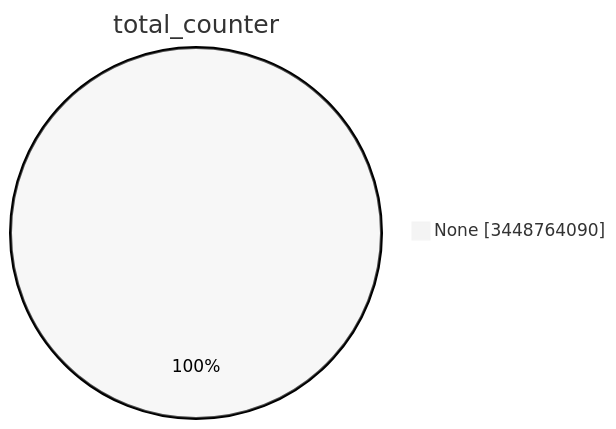
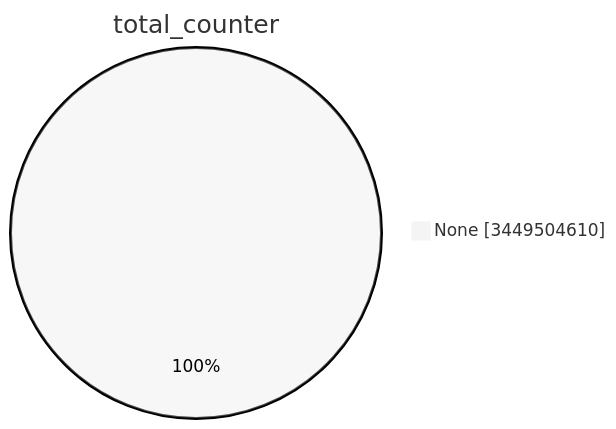
One commit to christiankrug/ctmonitor_visualization changed the first of 15 diagrams in TOTAL/README.md. Above: the diagram before and after it, drawn with Mermaid (neutral theme). The commit also changed other lines of this file, not shown here.

````diff
--- a/TOTAL/README.md
+++ b/TOTAL/README.md
@@ -1,5 +1,5 @@
 ```mermaid
 pie showData
 title total_counter
-"None" :3448764090
+"None" :3449504610
 ```
````
